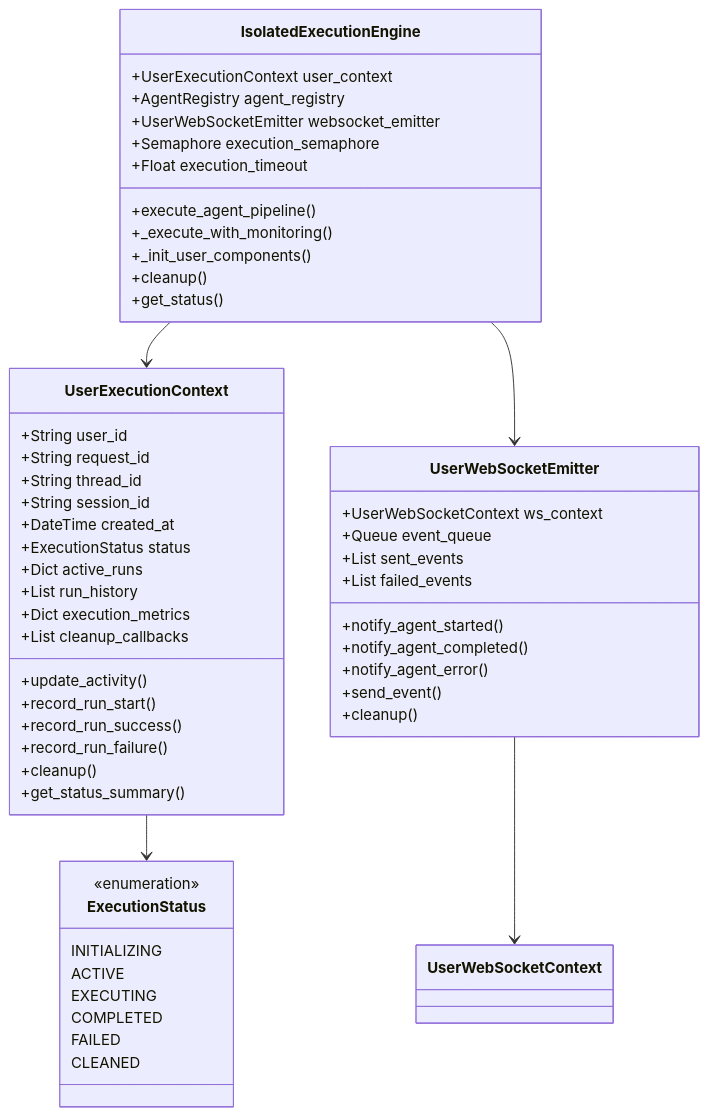
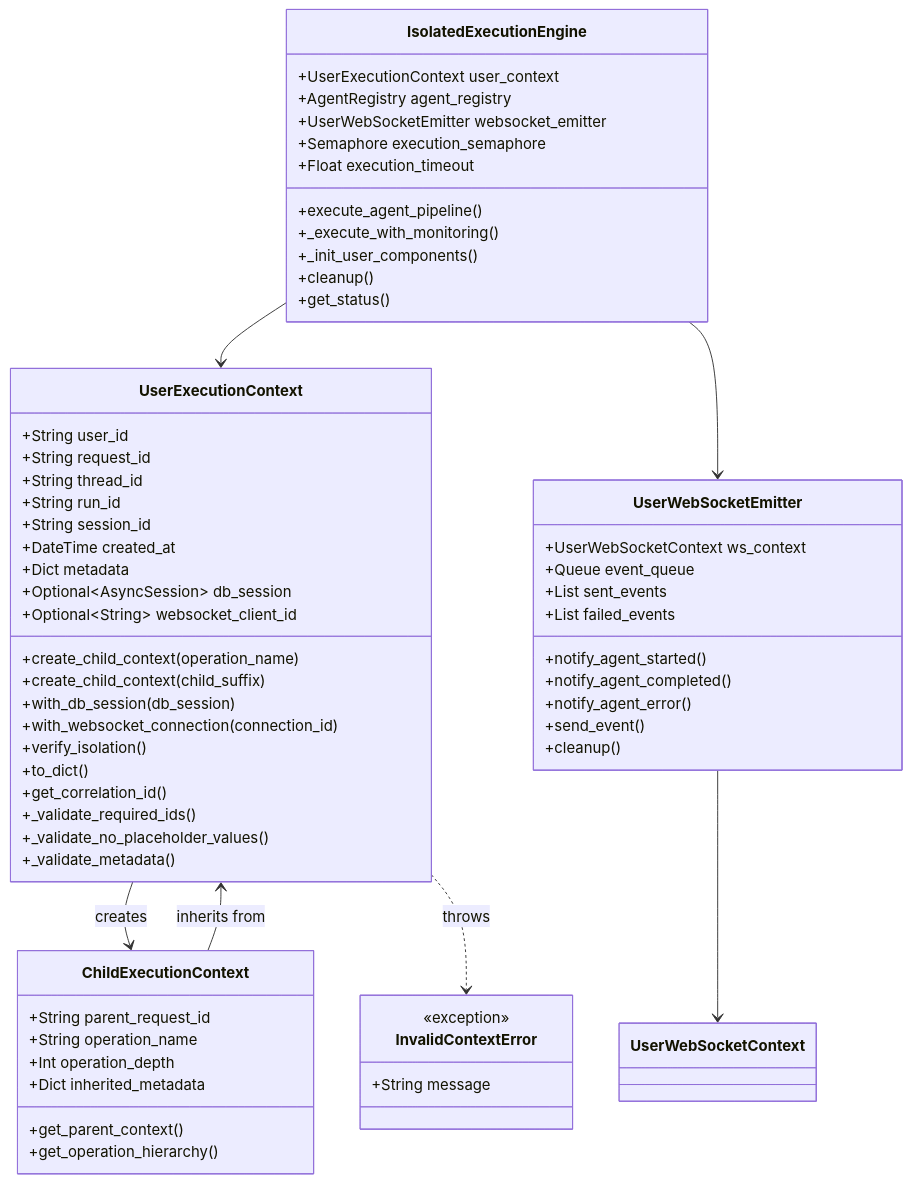
One commit to netra-systems/zen changed the third of 10 diagrams in reports/archived/USER_CONTEXT_ARCHITECTURE.md. Above: the diagram before and after it, drawn with Mermaid. The commit also changed other lines of this file and 11 other files, not shown here.

First line of the commit message:
docs: update comprehensive test reports and architecture documentation

````diff
--- a/reports/archived/USER_CONTEXT_ARCHITECTURE.md
+++ b/reports/archived/USER_CONTEXT_ARCHITECTURE.md
@@ -120,65 +120,74 @@
 ```mermaid
 classDiagram
     class UserExecutionContext {
         +String user_id
-        +String request_id
+        +String request_id  
         +String thread_id
+        +String run_id
         +String session_id
         +DateTime created_at
-        +ExecutionStatus status
+        +Dict metadata
+        +Optional~AsyncSession~ db_session
+        +Optional~String~ websocket_client_id
         
-        +Dict active_runs
-        +List run_history
-        +Dict execution_metrics
-        +List cleanup_callbacks
-        
-        +update_activity()
-        +record_run_start()
-        +record_run_success()
-        +record_run_failure()
-        +cleanup()
-        +get_status_summary()
+        +create_child_context(operation_name)
+        +create_child_context(child_suffix)
+        +with_db_session(db_session)
+        +with_websocket_connection(connection_id)
+        +verify_isolation()
+        +to_dict()
+        +get_correlation_id()
+        +_validate_required_ids()
+        +_validate_no_placeholder_values()
+        +_validate_metadata()
     }
     
-    class ExecutionStatus {
-        <<enumeration>>
-        INITIALIZING
-        ACTIVE
-        EXECUTING
-        COMPLETED
-        FAILED
-        CLEANED
+    class ChildExecutionContext {
+        +String parent_request_id
+        +String operation_name
+        +Int operation_depth
+        +Dict inherited_metadata
+        
+        +get_parent_context()
+        +get_operation_hierarchy()
+    }
+    
+    class InvalidContextError {
+        <<exception>>
+        +String message
     }
     
     class IsolatedExecutionEngine {
         +UserExecutionContext user_context
         +AgentRegistry agent_registry
         +UserWebSocketEmitter websocket_emitter
         +Semaphore execution_semaphore
         +Float execution_timeout
         
         +execute_agent_pipeline()
         +_execute_with_monitoring()
         +_init_user_components()
         +cleanup()
         +get_status()
     }
     
     class UserWebSocketEmitter {
         +UserWebSocketContext ws_context
         +Queue event_queue
         +List sent_events
         +List failed_events
         
         +notify_agent_started()
         +notify_agent_completed()
         +notify_agent_error()
         +send_event()
         +cleanup()
     }
     
-    UserExecutionContext --> ExecutionStatus
+    UserExecutionContext --> ChildExecutionContext : creates
+    UserExecutionContext ..> InvalidContextError : throws
+    ChildExecutionContext --> UserExecutionContext : inherits from
     IsolatedExecutionEngine --> UserExecutionContext
     IsolatedExecutionEngine --> UserWebSocketEmitter
     UserWebSocketEmitter --> UserWebSocketContext
 ```
````
